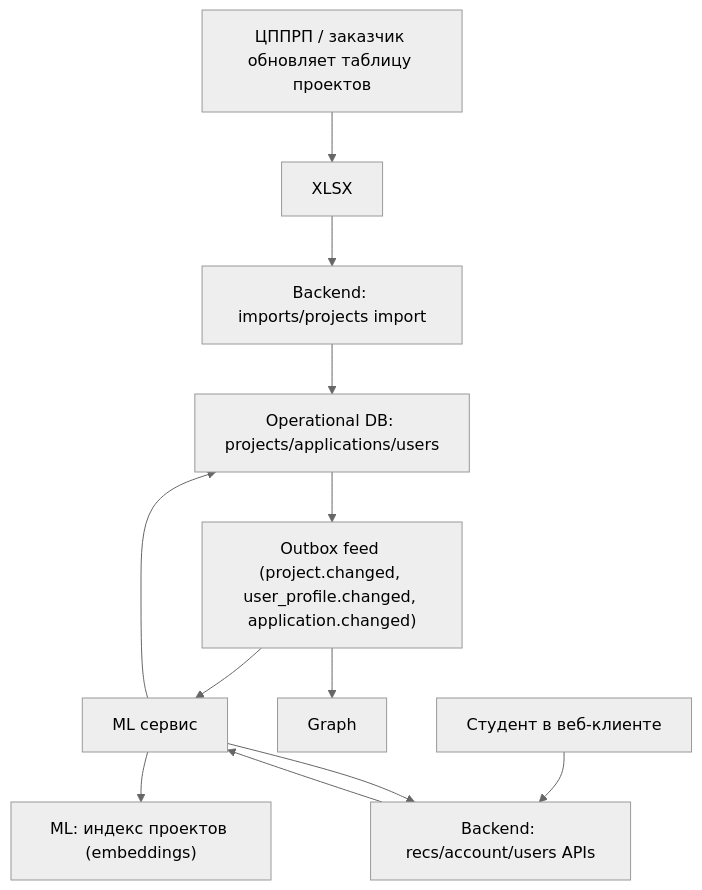
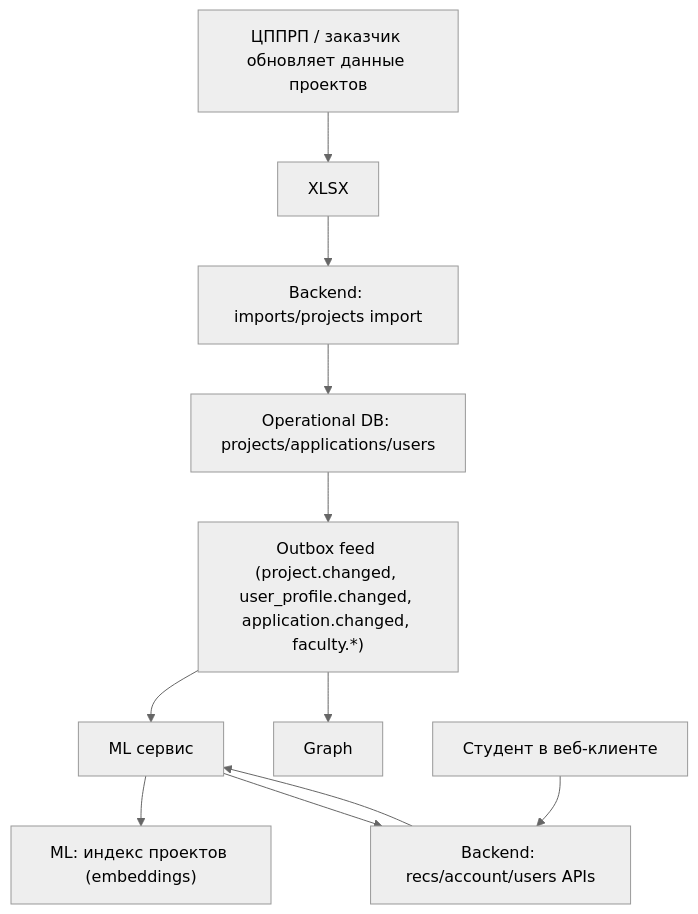
One commit to krevetka-is-afk/Digital-Student-Assistant changed the second of 2 diagrams in docs/architecture/adr/ADR-002.md. Above: the diagram before and after it, drawn with Mermaid (neutral theme). The commit also changed other lines of this file and 12 other files, not shown here.

````diff
--- a/docs/architecture/adr/ADR-002.md
+++ b/docs/architecture/adr/ADR-002.md
@@ -34,26 +36,25 @@
 ```mermaid
 graph TD
-    CP["ЦППРП / заказчик обновляет таблицу проектов"]
+    CP["ЦППРП / заказчик обновляет данные проектов"]
     SHEET["XLSX"]
     IM["Backend: imports/projects import"]
     PRJ["Operational DB: projects/applications/users"]
-    OUTBOX["Outbox feed (project.changed, user_profile.changed, application.changed)"]
+    OUTBOX["Outbox feed (project.changed, user_profile.changed, application.changed, faculty.*)"]
     MLS["ML сервис"]
     GRAPH["Graph"]
     EMB["ML: индекс проектов (embeddings)"]
     ST["Студент в веб-клиенте"]
     API["Backend: recs/account/users APIs"]
 
     CP --> SHEET
     SHEET --> IM
     IM --> PRJ
     PRJ --> OUTBOX
     OUTBOX --> MLS
     OUTBOX --> GRAPH
-    MLS --> PRJ
     MLS --> EMB
 
     ST --> API
     API --> MLS
     MLS --> API
 ```
````
